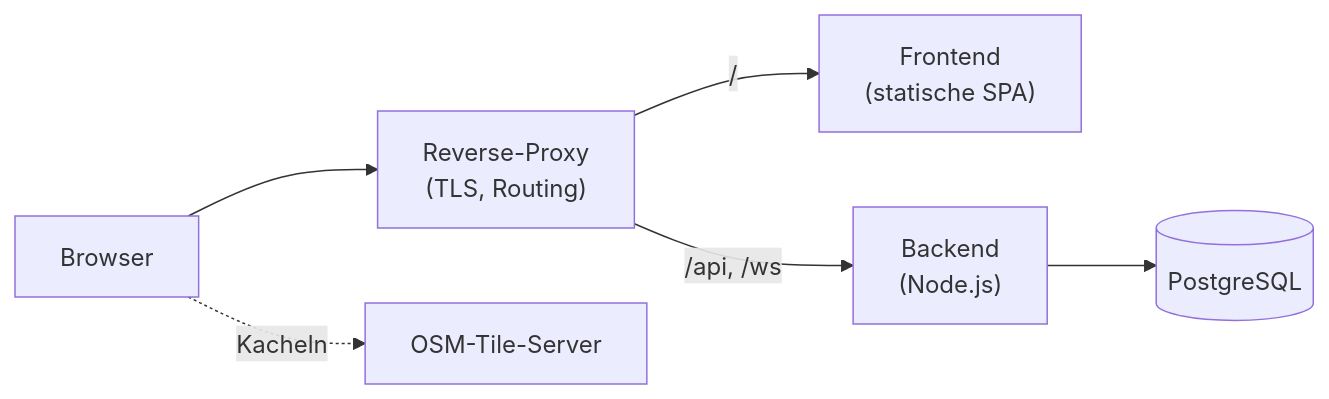
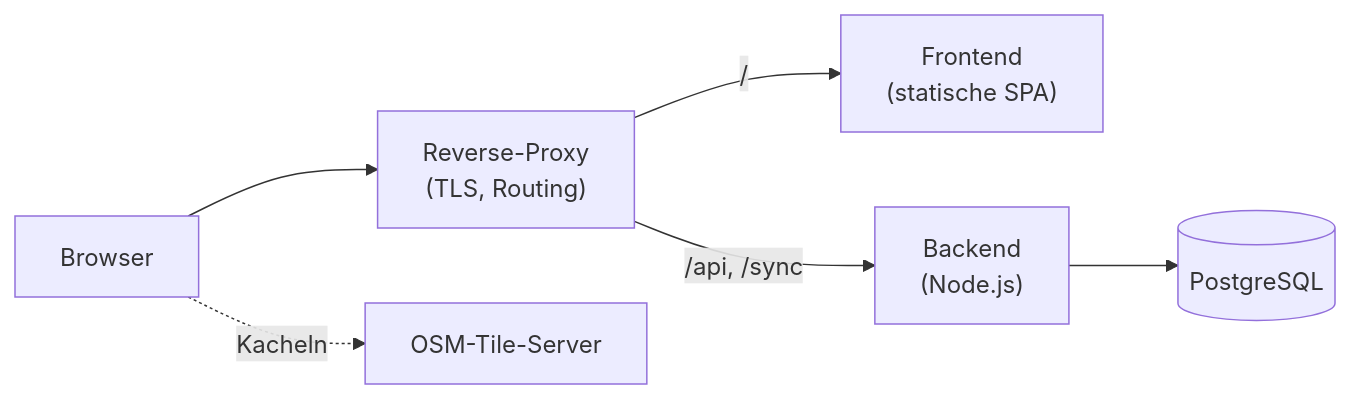
Before and after one commit to gergernaut/LageKatSe: the sixth of 6 diagrams in architecture.md, drawn with Mermaid. The commit also changed other lines of this file and 2 other files, not shown here.

First line of the commit message:
docs: README/AGENTS/architecture auf abgeschlossenen M4-Stand nachziehen

````diff
--- a/architecture.md
+++ b/architecture.md
@@ -942,8 +942,8 @@
 ```mermaid
 flowchart LR
     Browser --> Proxy["Reverse-Proxy<br/>(TLS, Routing)"]
     Proxy -->|"/"| FE["Frontend<br/>(statische SPA)"]
-    Proxy -->|"/api, /ws"| BE["Backend<br/>(Node.js)"]
+    Proxy -->|"/api, /sync"| BE["Backend<br/>(Node.js)"]
     BE --> PG[("PostgreSQL")]
     Browser -.->|Kacheln| Tiles["OSM-Tile-Server"]
 ```
````
